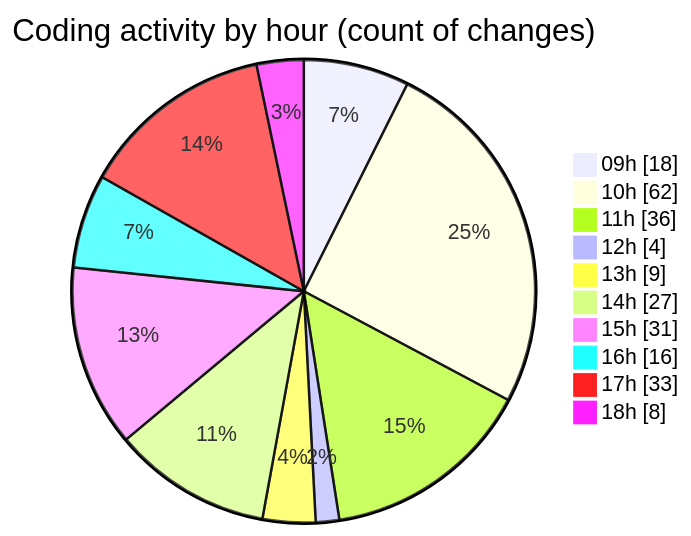
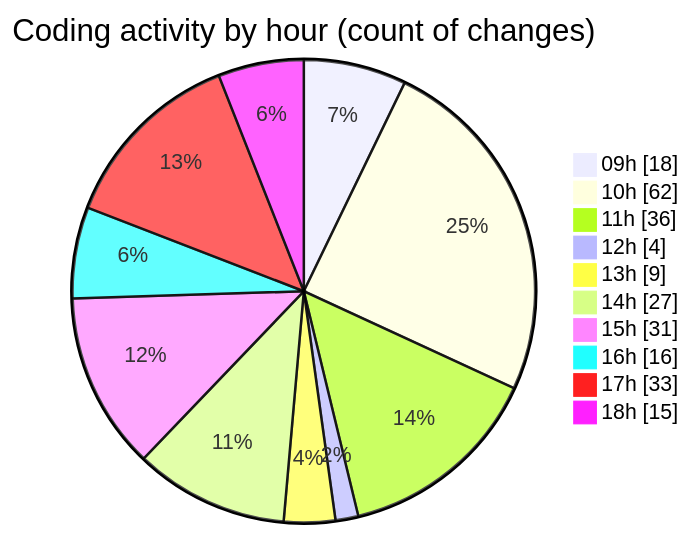
Before and after one commit to momahboobian/code-tracking: the second of 2 diagrams in 2025-07-01/cda/README.md, drawn with Mermaid. The commit also changed other lines of this file and 1 other file, not shown here.

````diff
--- a/2025-07-01/cda/README.md
+++ b/2025-07-01/cda/README.md
@@ -54,14 +54,14 @@
 ```mermaid
 pie showData
 title Coding activity by hour (count of changes)
 "09h" : 18
 "10h" : 62
 "11h" : 36
 "12h" : 4
 "13h" : 9
 "14h" : 27
 "15h" : 31
 "16h" : 16
 "17h" : 33
-"18h" : 8
+"18h" : 15
 ```
````
